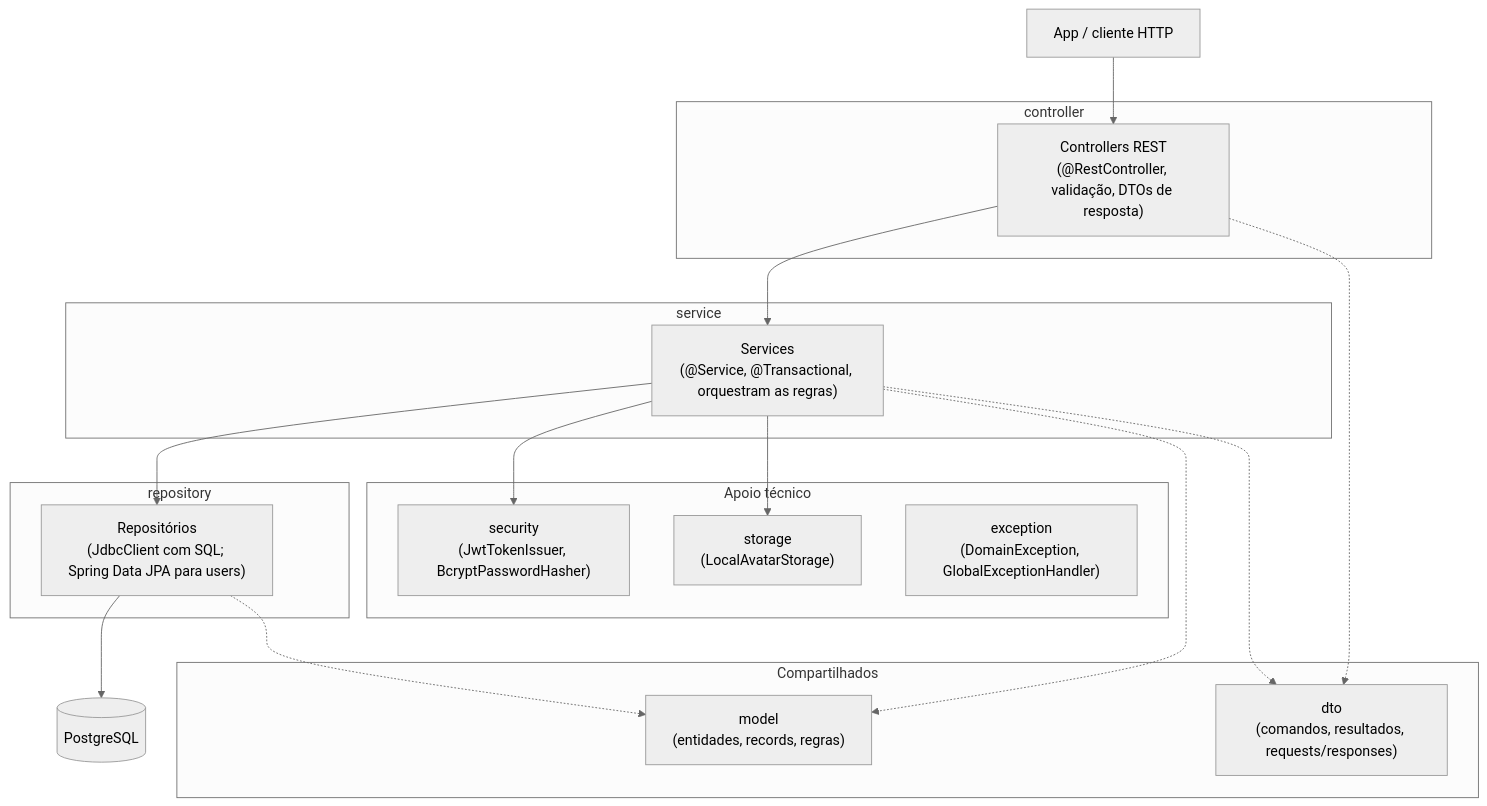
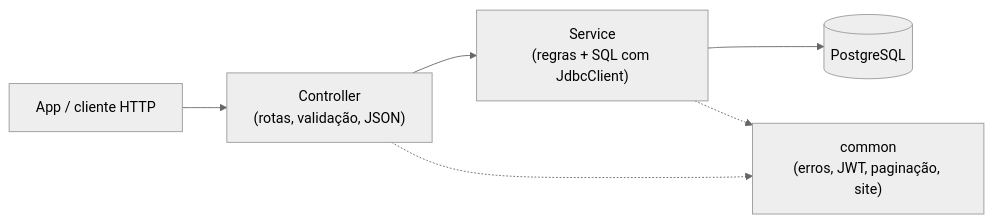
One commit to MarcioFerreiraL/clinics-backend changed the diagram in docs/06-arquitetura-e-classes.md. Above: the diagram before and after it, drawn with Mermaid (neutral theme). The commit also changed other lines of this file and 138 other files, not shown here.

````diff
--- a/docs/06-arquitetura-e-classes.md
+++ b/docs/06-arquitetura-e-classes.md
@@ -7,33 +7,8 @@
 ```mermaid
-flowchart TB
-    CLI["App / cliente HTTP"]
-    subgraph CTRL["controller"]
-        REST["Controllers REST<br/>(@RestController, validação, DTOs de resposta)"]
-    end
-    subgraph SVC["service"]
-        S["Services<br/>(@Service, @Transactional, orquestram as regras)"]
-    end
-    subgraph REPO["repository"]
-        R["Repositórios<br/>(JdbcClient com SQL; Spring Data JPA para users)"]
-    end
-    DB[("PostgreSQL")]
-    subgraph SHARED["Compartilhados"]
-        M["model<br/>(entidades, records, regras)"]
-        D["dto<br/>(comandos, resultados, requests/responses)"]
-    end
-    subgraph APOIO["Apoio técnico"]
-        SEC["security<br/>(JwtTokenIssuer, BcryptPasswordHasher)"]
-        STO["storage<br/>(LocalAvatarStorage)"]
-        EXC["exception<br/>(DomainException, GlobalExceptionHandler)"]
-    end
-    CLI --> REST
-    REST --> S
-    S --> R
-    R --> DB
-    S --> SEC
-    S --> STO
-    REST -.-> D
-    S -.-> M
-    S -.-> D
-    R -.-> M
+flowchart LR
+    APP["App / cliente HTTP"] --> C["Controller<br/>(rotas, validação, JSON)"]
+    C --> S["Service<br/>(regras + SQL com JdbcClient)"]
+    S --> DB[("PostgreSQL")]
+    C -.-> COMMON["common<br/>(erros, JWT, paginação, site)"]
+    S -.-> COMMON
 ```
````
